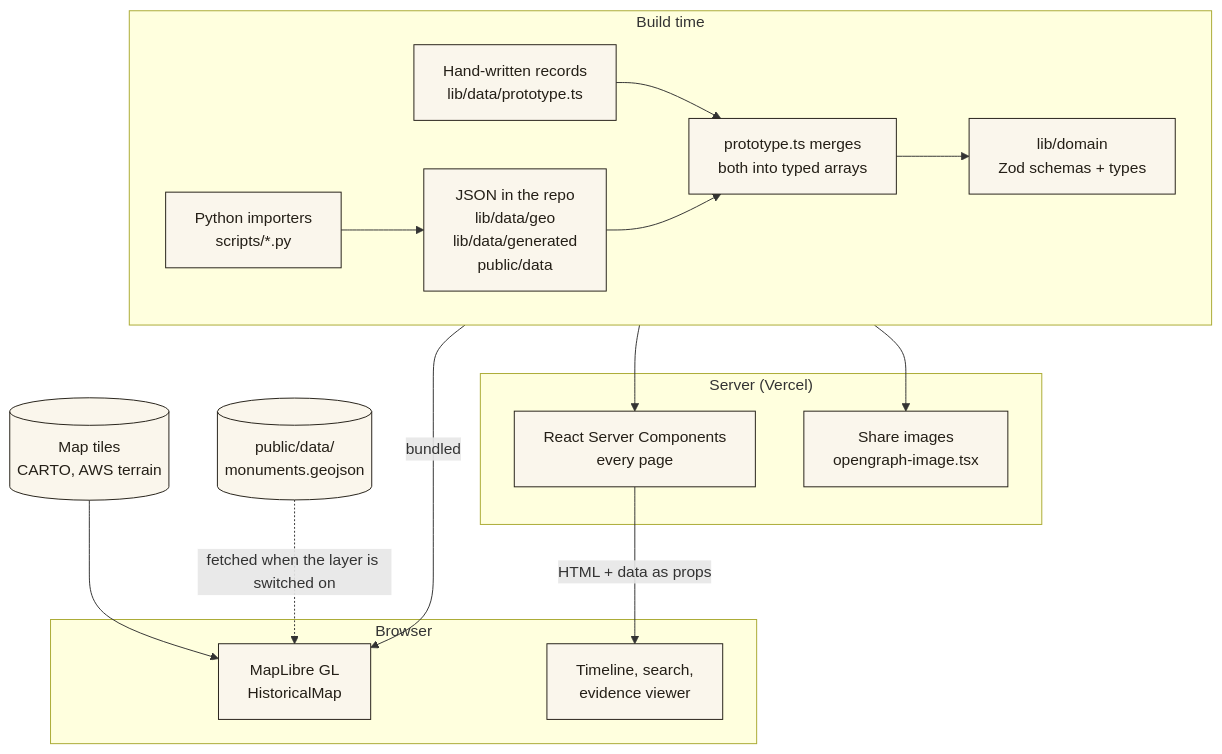
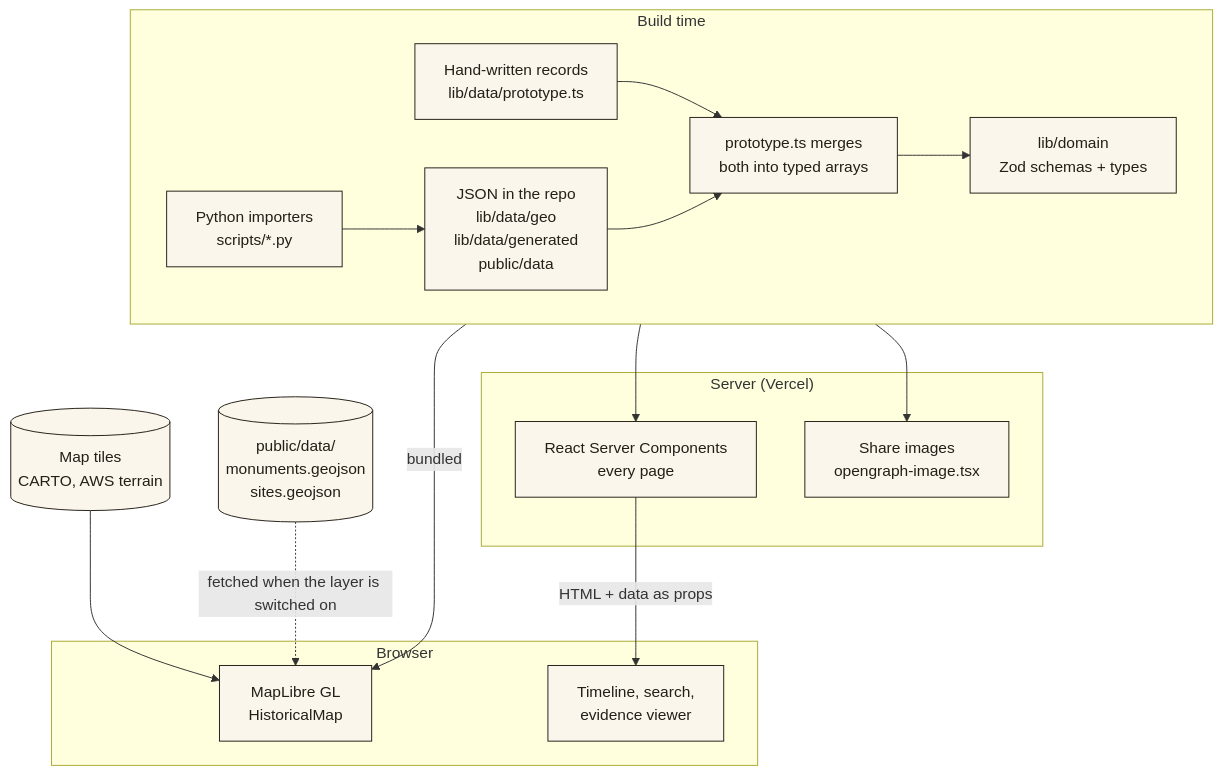
One commit to varunaditya27/BHAARATA changed the first of 7 diagrams in docs/ARCHITECTURE.md. Above: the diagram before and after it, drawn with Mermaid. The commit also changed other lines of this file and 4 other files, not shown here.

Commit message:
Reconcile the docs with the data: counts, scripts, sites layer and evidence

````diff
--- a/docs/ARCHITECTURE.md
+++ b/docs/ARCHITECTURE.md
@@ -47,30 +47,30 @@
 ```mermaid
 flowchart TB
     subgraph BUILD["Build time"]
         direction LR
         PY["Python importers<br/>scripts/*.py"] --> JSON["JSON in the repo<br/>lib/data/geo<br/>lib/data/generated<br/>public/data"]
         HAND["Hand-written records<br/>lib/data/prototype.ts"] --> MERGE
         JSON --> MERGE["prototype.ts merges<br/>both into typed arrays"]
         MERGE --> ZOD["lib/domain<br/>Zod schemas + types"]
     end
 
     subgraph SERVER["Server (Vercel)"]
         RSC["React Server Components<br/>every page"]
         OG["Share images<br/>opengraph-image.tsx"]
     end
 
     subgraph BROWSER["Browser"]
         MAP["MapLibre GL<br/>HistoricalMap"]
         TL["Timeline, search,<br/>evidence viewer"]
     end
 
     ZOD --> RSC
     ZOD --> OG
     RSC -- "HTML + data as props" --> TL
     ZOD -- "bundled" --> MAP
     EXT[("Map tiles<br/>CARTO, AWS terrain")] --> MAP
-    STATIC[("public/data/<br/>monuments.geojson")] -. "fetched when the layer is switched on" .-> MAP
+    STATIC[("public/data/<br/>monuments.geojson<br/>sites.geojson")] -. "fetched when the layer is switched on" .-> MAP
 
     classDef node fill:#faf6ec,stroke:#241f17,color:#241f17;
     class PY,JSON,HAND,MERGE,ZOD,RSC,OG,MAP,TL,EXT,STATIC node;
 ```
````
